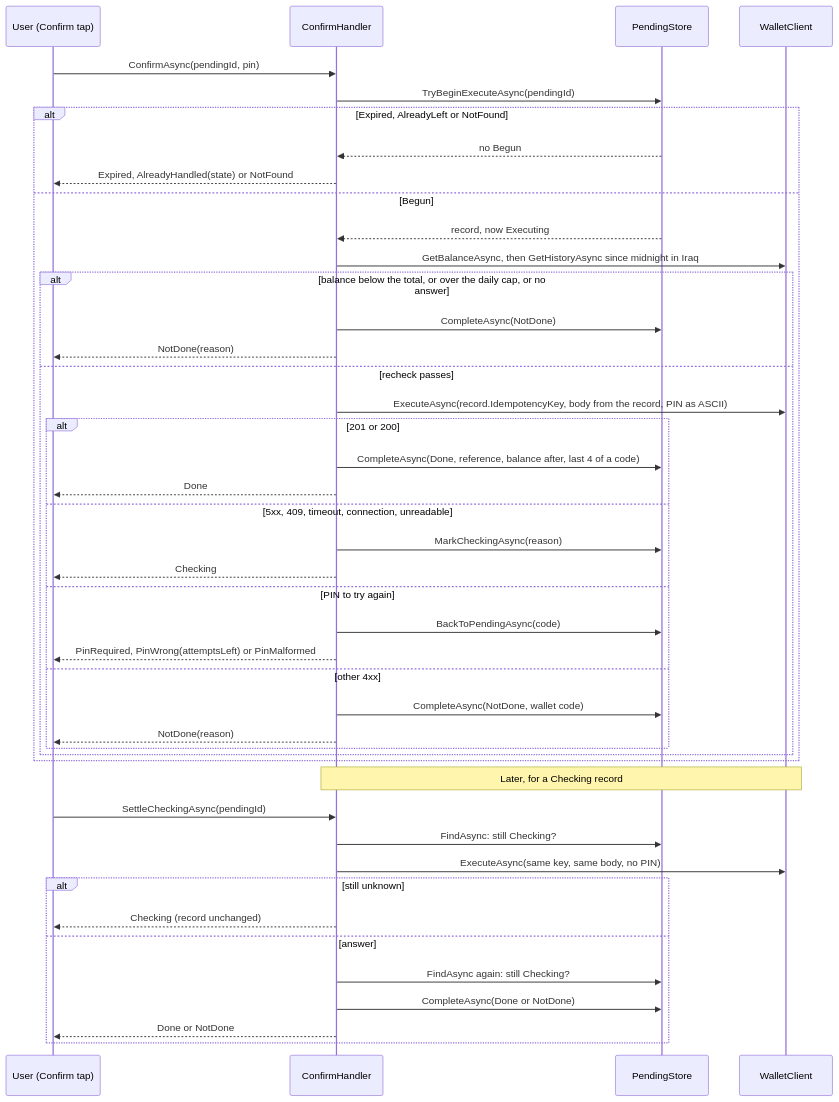
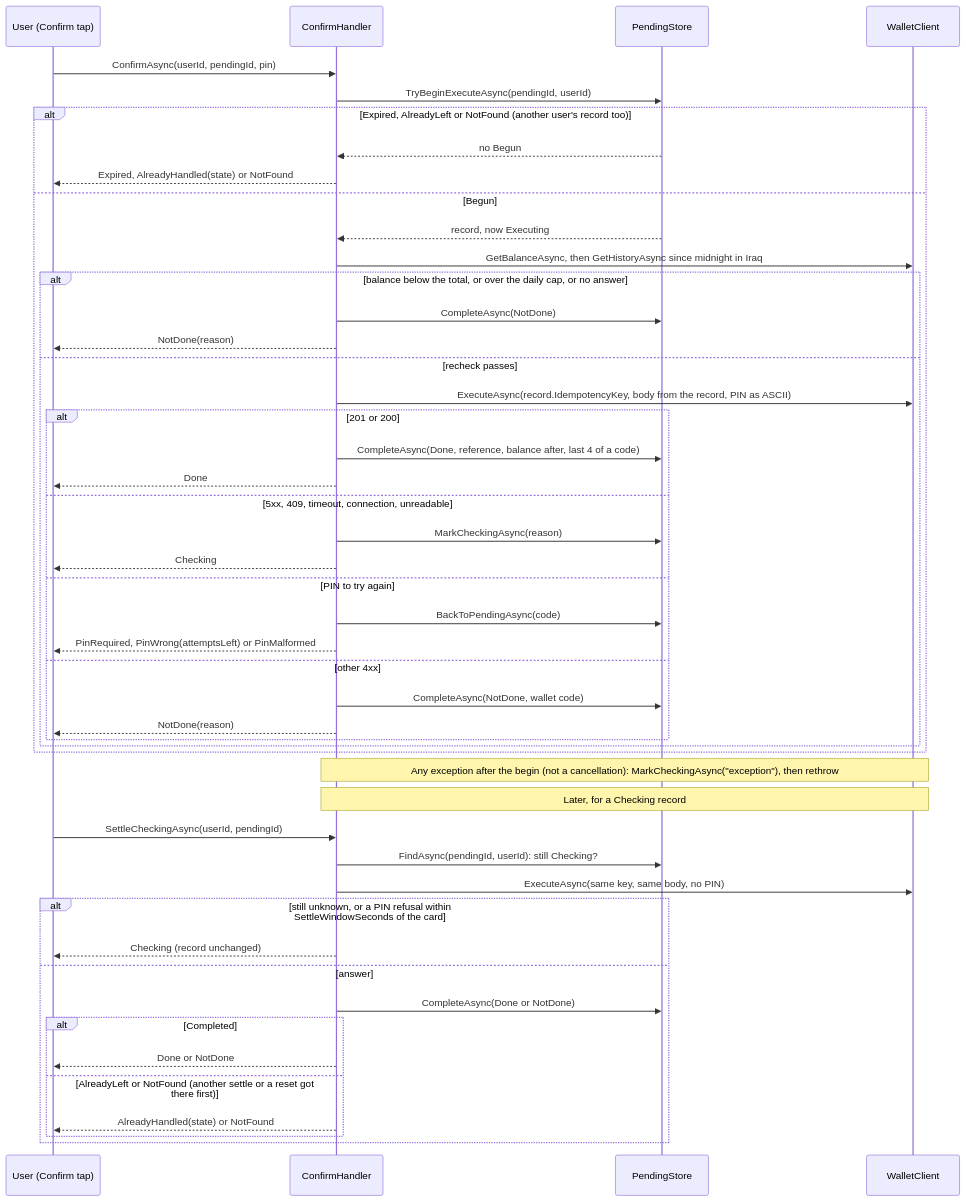
The fifth of 5 diagrams in docs/agent-core.md (Khalil-Alhadidi/Naqoli), drawn with Mermaid before and after one commit. The commit also changed other lines of this file and 5 other files, not shown here.

````diff
--- a/docs/agent-core.md
+++ b/docs/agent-core.md
@@ -209,48 +211,53 @@
 ```mermaid
 sequenceDiagram
     participant U as User (Confirm tap)
     participant C as ConfirmHandler
     participant S as PendingStore
     participant W as WalletClient
 
-    U->>C: ConfirmAsync(pendingId, pin)
-    C->>S: TryBeginExecuteAsync(pendingId)
-    alt Expired, AlreadyLeft or NotFound
+    U->>C: ConfirmAsync(userId, pendingId, pin)
+    C->>S: TryBeginExecuteAsync(pendingId, userId)
+    alt Expired, AlreadyLeft or NotFound (another user's record too)
         S-->>C: no Begun
         C-->>U: Expired, AlreadyHandled(state) or NotFound
     else Begun
         S-->>C: record, now Executing
         C->>W: GetBalanceAsync, then GetHistoryAsync since midnight in Iraq
         alt balance below the total, or over the daily cap, or no answer
             C->>S: CompleteAsync(NotDone)
             C-->>U: NotDone(reason)
         else recheck passes
             C->>W: ExecuteAsync(record.IdempotencyKey, body from the record, PIN as ASCII)
             alt 201 or 200
                 C->>S: CompleteAsync(Done, reference, balance after, last 4 of a code)
                 C-->>U: Done
             else 5xx, 409, timeout, connection, unreadable
                 C->>S: MarkCheckingAsync(reason)
                 C-->>U: Checking
             else PIN to try again
                 C->>S: BackToPendingAsync(code)
                 C-->>U: PinRequired, PinWrong(attemptsLeft) or PinMalformed
             else other 4xx
                 C->>S: CompleteAsync(NotDone, wallet code)
                 C-->>U: NotDone(reason)
             end
         end
     end
 
+    Note over C,W: Any exception after the begin (not a cancellation): MarkCheckingAsync("exception"), then rethrow
+
     Note over C,W: Later, for a Checking record
-    U->>C: SettleCheckingAsync(pendingId)
-    C->>S: FindAsync: still Checking?
+    U->>C: SettleCheckingAsync(userId, pendingId)
+    C->>S: FindAsync(pendingId, userId): still Checking?
     C->>W: ExecuteAsync(same key, same body, no PIN)
-    alt still unknown
+    alt still unknown, or a PIN refusal within SettleWindowSeconds of the card
         C-->>U: Checking (record unchanged)
     else answer
-        C->>S: FindAsync again: still Checking?
         C->>S: CompleteAsync(Done or NotDone)
-        C-->>U: Done or NotDone
+        alt Completed
+            C-->>U: Done or NotDone
+        else AlreadyLeft or NotFound (another settle or a reset got there first)
+            C-->>U: AlreadyHandled(state) or NotFound
+        end
     end
 ```
````
